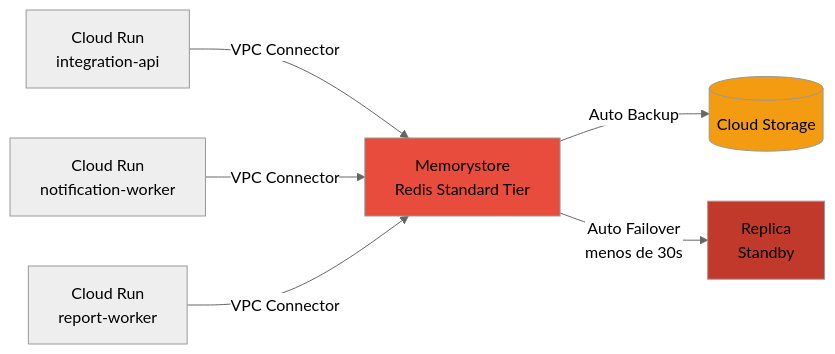
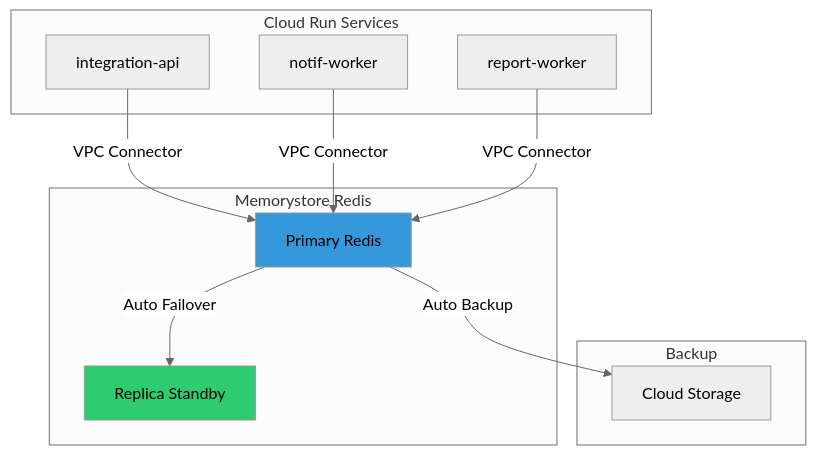
The first of 4 diagrams in presentations/deep-dives/infrastructure-gcp.md (developer-implementos/integration-presentations), drawn with Mermaid (neutral theme) before and after one commit. The commit also changed other lines of this file and 11 other files, not shown here.

First line of the commit message:
feat(resilience): agregar soporte para mermaid en presentaciones

```diff
--- a/presentations/deep-dives/infrastructure-gcp.md
+++ b/presentations/deep-dives/infrastructure-gcp.md
@@ -325,13 +325,27 @@
 <div class="mermaid">
-graph LR
-    A[Cloud Run<br/>integration-api] -->|VPC Connector| B[Memorystore<br/>Redis Standard Tier]
-    C[Cloud Run<br/>notification-worker] -->|VPC Connector| B
-    D[Cloud Run<br/>report-worker] -->|VPC Connector| B
+graph TB
+    subgraph "Cloud Run Services"
+        A[integration-api]
+        B[notif-worker]
+        C[report-worker]
+    end
 
-    B -->|Auto Backup| E[(Cloud Storage)]
-    B -->|Auto Failover<br/>menos de 30s| F[Replica<br/>Standby]
+    subgraph "Memorystore Redis"
+        D[Primary Redis]
+        E[Replica Standby]
+    end
 
-    style B fill:#e74c3c
-    style F fill:#c0392b
-    style E fill:#f39c12
+    subgraph "Backup"
+        F[Cloud Storage]
+    end
+
+    A -->|VPC Connector| D
+    B -->|VPC Connector| D
+    C -->|VPC Connector| D
+
+    D -->|Auto Failover| E
+    D -->|Auto Backup| F
+
+    style D fill:#3498db
+    style E fill:#2ecc71
 </div>
```
